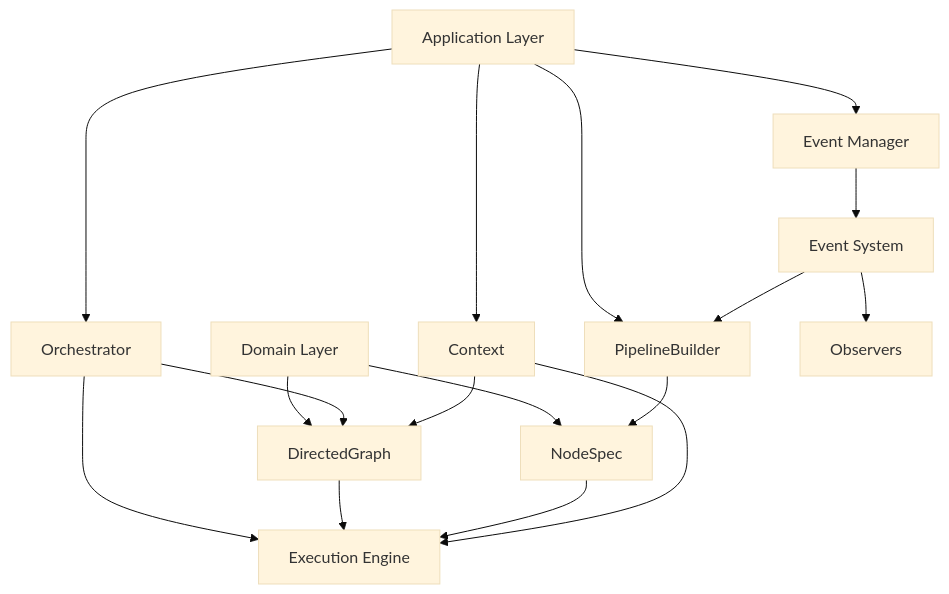
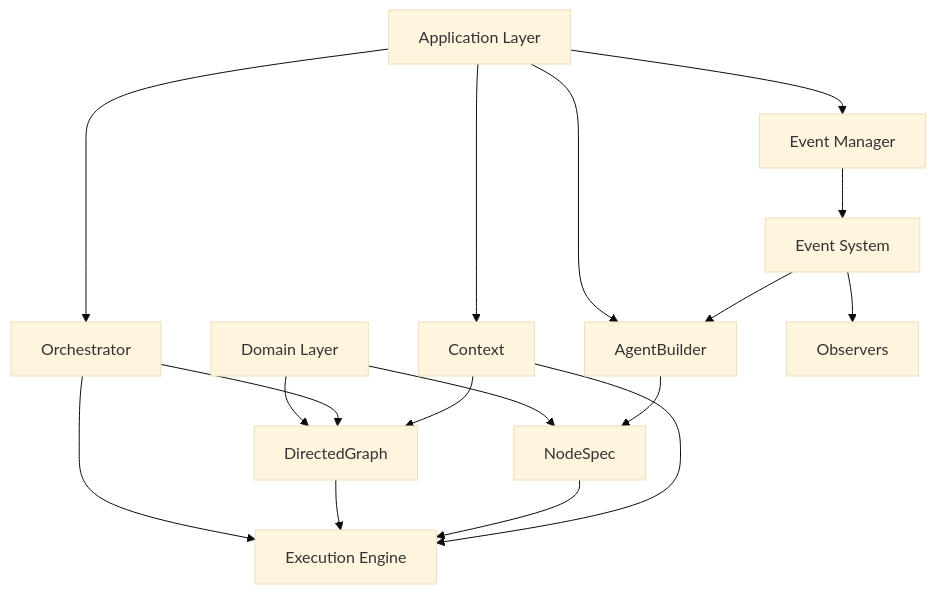
One commit to omniviser/hexDAG changed the diagram in docs/IMPLEMENTATION_GUIDE.md. Above: the diagram before and after it, drawn with Mermaid (base theme). The commit also changed other lines of this file and 5 other files, not shown here.

````diff
--- a/docs/IMPLEMENTATION_GUIDE.md
+++ b/docs/IMPLEMENTATION_GUIDE.md
@@ -26,31 +26,31 @@
 ```mermaid
 graph TD
     %% Application Layer
     A[Application Layer] --> A1[Orchestrator]
-    A --> A2[PipelineBuilder]
+    A --> A2[AgentBuilder]
     A --> A3[Context]
     A --> A4[Event Manager]
 
     %% Domain Layer
     B[Domain Layer] --> B1[DirectedGraph]
     B --> B2[NodeSpec]
 
 
 
 
     %% Relationships
     A1 --> B1
     A2 --> B2
     A3 --> B1
     F --> A2
 
     %% Execution Flow
     A1 --> E[Execution Engine]
     B1 --> E
     B2 --> E
     A3 --> E
 
     %% Event System
     A4 --> F[Event System]
     F --> G[Observers]
 ```
````
